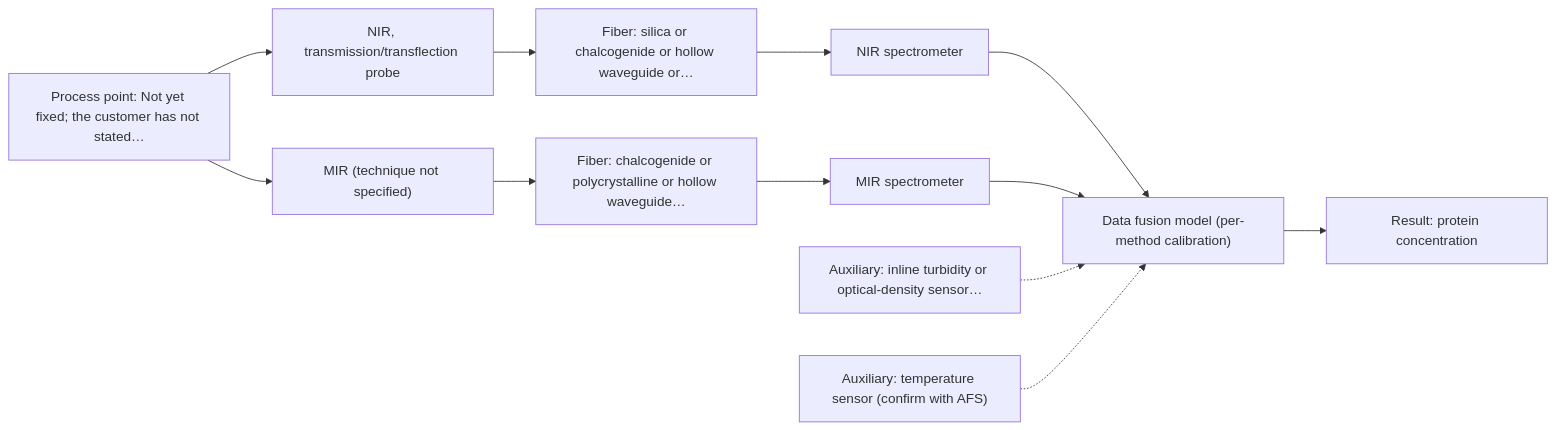
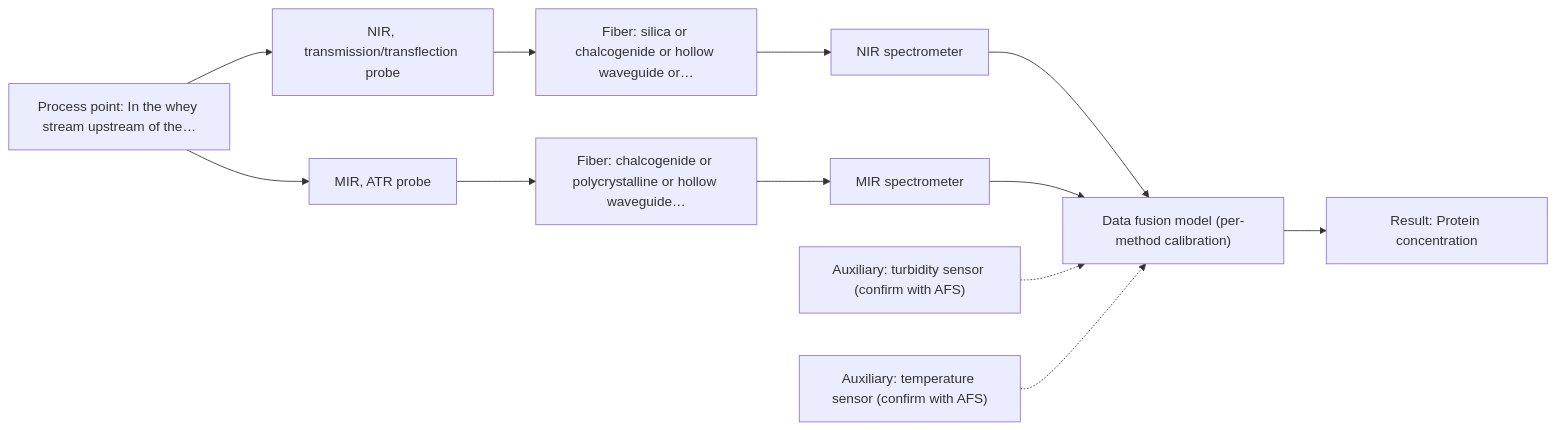
Before and after one commit to sleipnir029/Afs-Spectroscopy-Assistant: the second of 2 diagrams in outputs/dev/D03.md, drawn with Mermaid. The commit also changed other lines of this file and 41 other files, not shown here.

````diff
--- a/outputs/dev/D03.md
+++ b/outputs/dev/D03.md
@@ -99,25 +100,25 @@
 ```mermaid
 flowchart LR
-    proc["Process point: Not yet fixed; the customer has not stated…"]
+    proc["Process point: In the whey stream upstream of the…"]
     probe1["NIR, transmission/transflection probe"]
     fiber1["Fiber: silica or chalcogenide or hollow waveguide or…"]
     spec1["NIR spectrometer"]
-    probe2["MIR (technique not specified)"]
+    probe2["MIR, ATR probe"]
     fiber2["Fiber: chalcogenide or polycrystalline or hollow waveguide…"]
     spec2["MIR spectrometer"]
     model["Data fusion model (per-method calibration)"]
-    result["Result: protein concentration"]
-    aux1["Auxiliary: inline turbidity or optical-density sensor…"]
+    result["Result: Protein concentration"]
+    aux1["Auxiliary: turbidity sensor (confirm with AFS)"]
     aux2["Auxiliary: temperature sensor (confirm with AFS)"]
     proc --> probe1
     probe1 --> fiber1
     fiber1 --> spec1
     spec1 --> model
     proc --> probe2
     probe2 --> fiber2
     fiber2 --> spec2
     spec2 --> model
     model --> result
     aux1 -.-> model
     aux2 -.-> model
 ```
````
